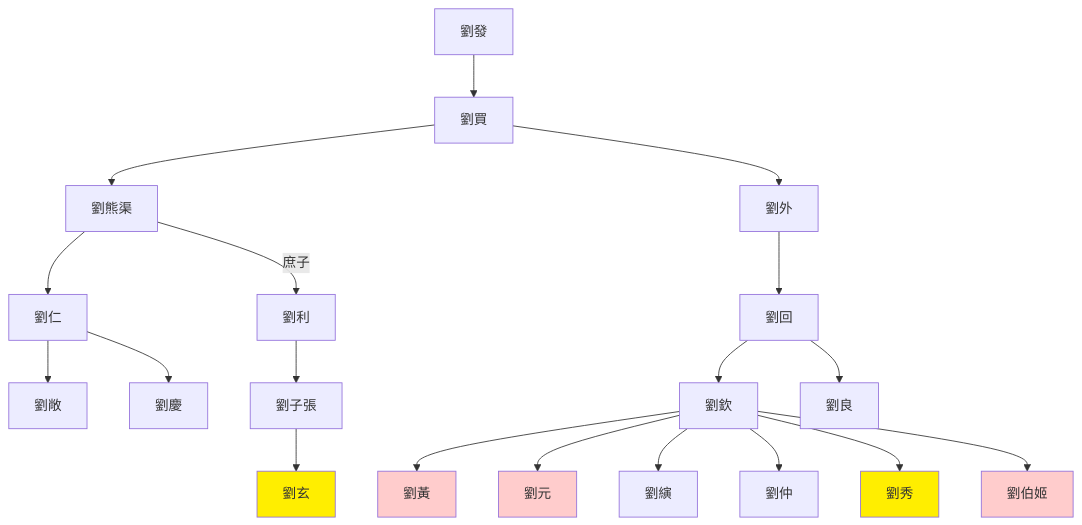
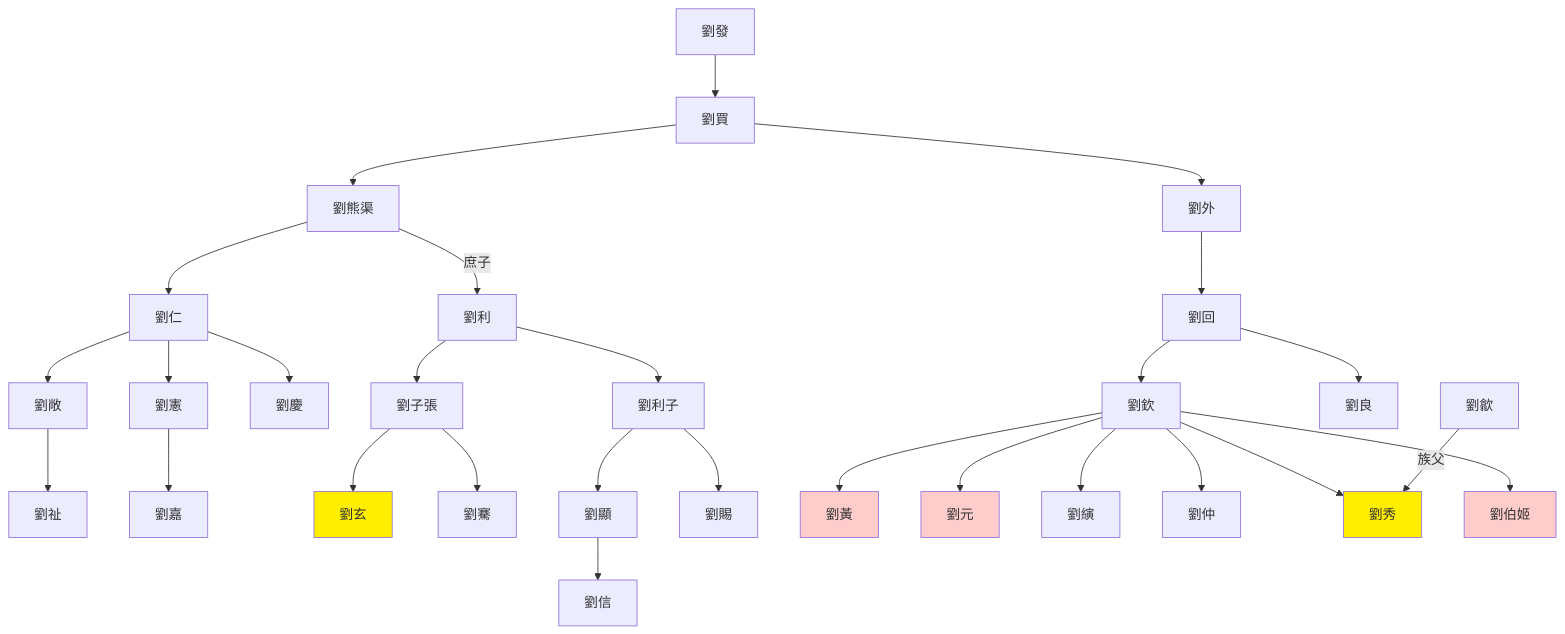
The first of 2 diagrams in 通用專項/歷代世系圖/兩漢劉氏世系圖.md (gamefang/zizhitongjian), drawn with Mermaid before and after one commit. The commit also changed 6 other files, not shown here.

````diff
--- a/通用專項/歷代世系圖/兩漢劉氏世系圖.md
+++ b/通用專項/歷代世系圖/兩漢劉氏世系圖.md
@@ -5,28 +5,38 @@
 ```mermaid
 graph TB
 劉發-->劉買
 劉買-->劉熊渠
 劉熊渠-->劉仁
 劉仁-->劉敞
+劉敞-->劉祉
+劉仁-->劉憲
+劉憲-->劉嘉
 劉仁-->劉慶
 劉熊渠--庶子-->劉利
 劉利-->劉子張
 劉子張-->劉玄
+劉子張-->劉騫
+劉利-->劉利子
+劉利子-->劉顯
+劉顯-->劉信
+劉利子-->劉賜
 
 劉買-->劉外
 劉外-->劉回
 劉回-->劉欽
 劉欽-->劉黃
 劉欽-->劉元
 劉欽-->劉縯
 劉欽-->劉仲
 劉欽-->劉秀
 劉欽-->劉伯姬
 劉回-->劉良
 
+劉歙--族父-->劉秀
+
 classDef female fill:#ffcccc
 class 劉黃,劉元,劉伯姬 female
 
 classDef king fill:#ffee00
 class 劉玄,劉秀 king
 ```
````
